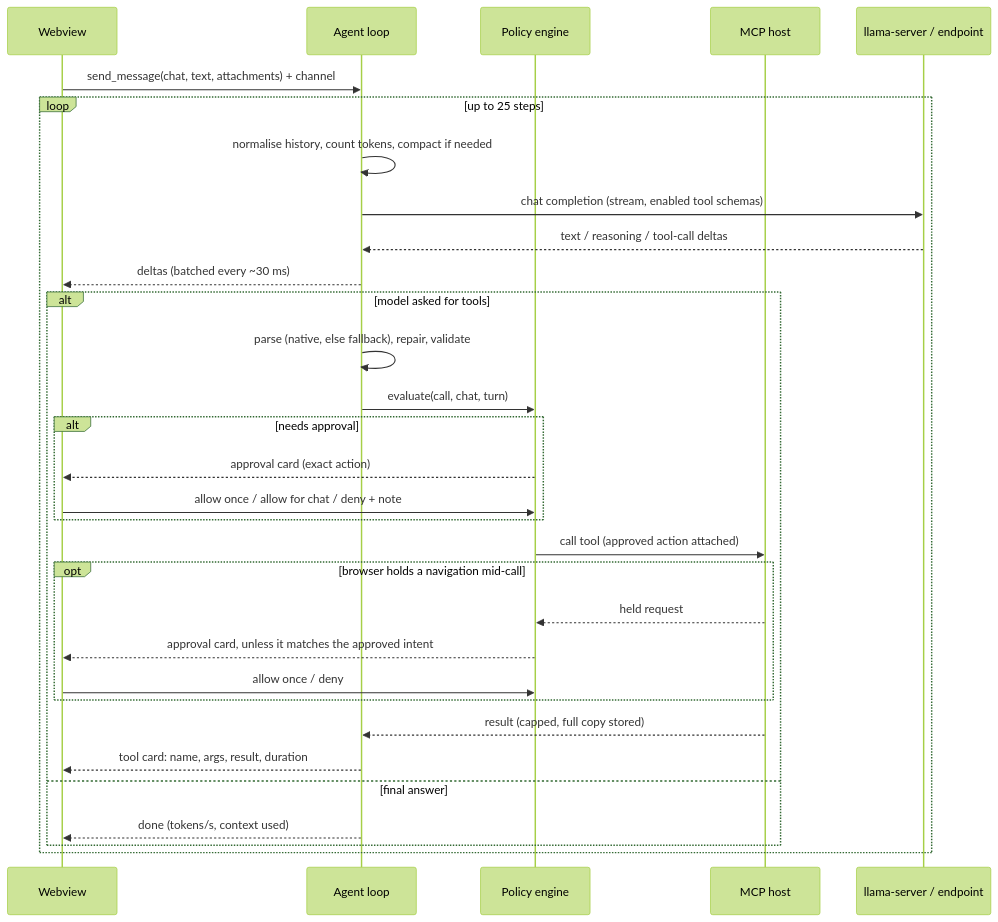
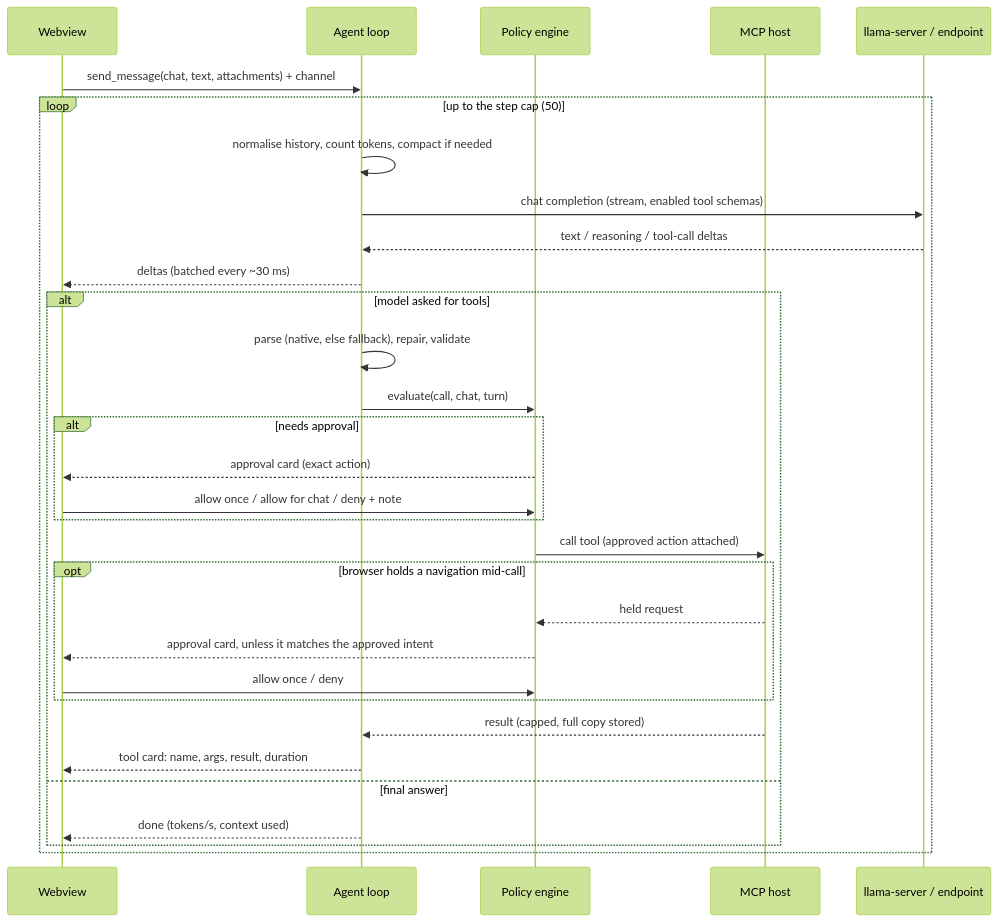
The second of 2 diagrams in ARCHITECTURE.md (sugarhappy8/harnessUI), drawn with Mermaid (forest theme) before and after one commit. The commit also changed other lines of this file and 11 other files, not shown here.

````diff
--- a/ARCHITECTURE.md
+++ b/ARCHITECTURE.md
@@ -246,33 +246,33 @@
 ```mermaid
 sequenceDiagram
   participant UI as Webview
   participant A as Agent loop
   participant P as Policy engine
   participant M as MCP host
   participant L as llama-server / endpoint
   UI->>A: send_message(chat, text, attachments) + channel
-  loop up to 25 steps
+  loop up to the step cap (50)
     A->>A: normalise history, count tokens, compact if needed
     A->>L: chat completion (stream, enabled tool schemas)
     L-->>A: text / reasoning / tool-call deltas
     A-->>UI: deltas (batched every ~30 ms)
     alt model asked for tools
       A->>A: parse (native, else fallback), repair, validate
       A->>P: evaluate(call, chat, turn)
       alt needs approval
         P-->>UI: approval card (exact action)
         UI->>P: allow once / allow for chat / deny + note
       end
       P->>M: call tool (approved action attached)
       opt browser holds a navigation mid-call
         M-->>P: held request
         P-->>UI: approval card, unless it matches the approved intent
         UI->>P: allow once / deny
       end
       M-->>A: result (capped, full copy stored)
       A-->>UI: tool card: name, args, result, duration
     else final answer
       A-->>UI: done (tokens/s, context used)
     end
   end
 ```
````
